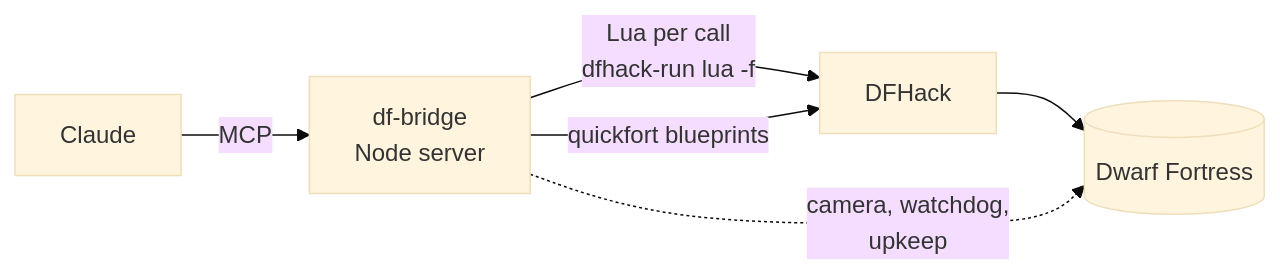
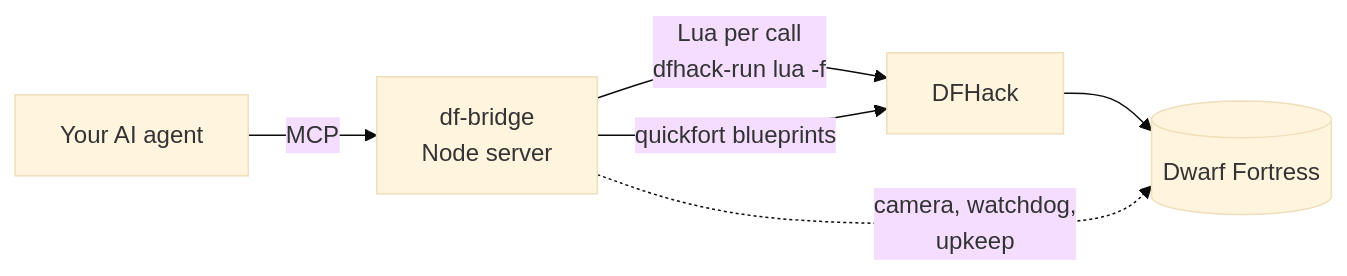
The diagram in README.md (nutshot2000/Dwarf-Fortress-Bridge), drawn with Mermaid (base theme) before and after one commit. The commit also changed other lines of this file and 10 other files, not shown here.

Commit message:
Works with any MCP client: setup for Codex, OpenCode, Hermes, OpenClaw, Cursor, Claude Desktop, Gemini; PLAYBOOK.md as the server instructions (df_help topic=playbook); DF_TOOLS profiles (core = 19 tools), DF_AGENT_NAME captions, DF_WAIT_SECONDS; AGENTS.md; dev scripts pass env through

````diff
--- a/README.md
+++ b/README.md
@@ -96,8 +197,8 @@
 ```mermaid
 flowchart LR
-    C[Claude] -- MCP --> S[df-bridge<br/>Node server]
+    C[Your AI agent] -- MCP --> S[df-bridge<br/>Node server]
     S -- "Lua per call<br/>dfhack-run lua -f" --> D[DFHack]
     S -- quickfort blueprints --> D
     D --> G[(Dwarf Fortress)]
     S -. camera, watchdog,<br/>upkeep .-> G
 ```
````
